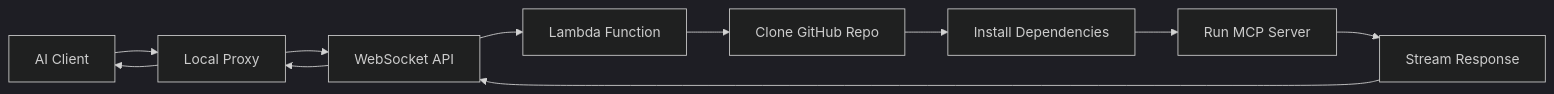
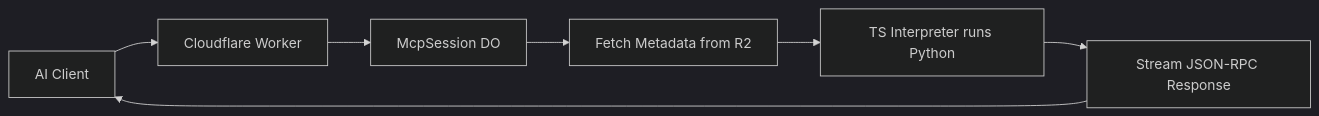
Before and after one commit to areebahmeddd/SuperBox-FE: the third of 6 diagrams in docs/architecture.mdx, drawn with Mermaid (dark theme). The commit also changed other lines of this file and 43 other files, not shown here.

````diff
--- a/docs/architecture.mdx
+++ b/docs/architecture.mdx
@@ -224,11 +220,9 @@
   ```mermaid
   graph LR
-      A[AI Client] --> B[Local Proxy]
-      B --> C[WebSocket API]
-      C --> D[Lambda Function]
-      D --> E[Clone GitHub Repo]
-      E --> F[Install Dependencies]
-      F --> G[Run MCP Server]
-      G --> H[Stream Response]
-      H --> C --> B --> A
+A[AI Client] --> B[Cloudflare Worker]
+B --> C[McpSession DO]
+C --> D[Fetch Metadata from R2]
+D --> E[TS Interpreter runs Python]
+E --> F[Stream JSON-RPC Response]
+F --> A
   ```
````
